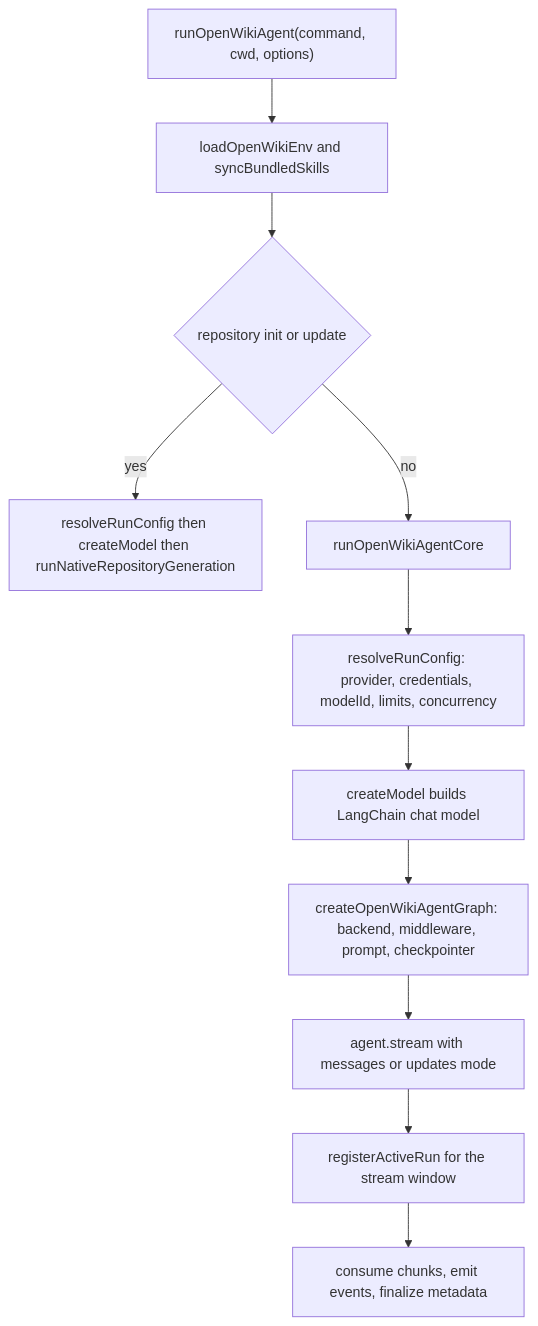
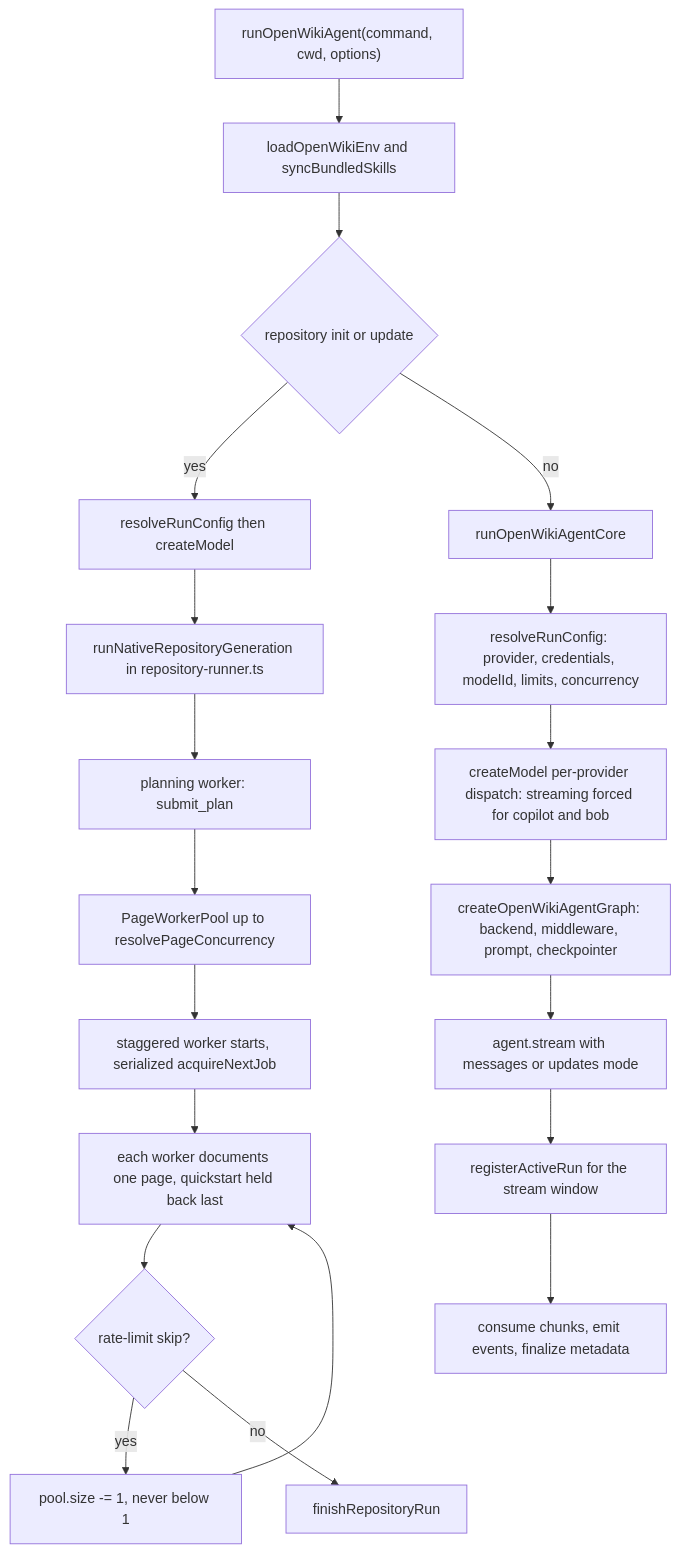
The first of 4 diagrams in openwiki/architecture/agent-runtime.md (SammyTourani/openwiki), drawn with Mermaid before and after one commit. The commit also changed other lines of this file and 18 other files, not shown here.

````diff
--- a/openwiki/architecture/agent-runtime.md
+++ b/openwiki/architecture/agent-runtime.md
@@ -70,13 +71,22 @@
 ```mermaid
 flowchart TD
   Start["runOpenWikiAgent(command, cwd, options)"] --> Load["loadOpenWikiEnv and syncBundledSkills"]
   Load --> Repo{"repository init or update"}
-  Repo -->|yes| Native["resolveRunConfig then createModel then runNativeRepositoryGeneration"]
+  Repo -->|yes| Native["resolveRunConfig then createModel"]
   Repo -->|no| Core["runOpenWikiAgentCore"]
+  Native --> Pool["runNativeRepositoryGeneration in repository-runner.ts"]
+  Pool --> Planner["planning worker: submit_plan"]
+  Planner --> Workers["PageWorkerPool up to resolvePageConcurrency"]
+  Workers --> Stagger["staggered worker starts, serialized acquireNextJob"]
+  Stagger --> Write["each worker documents one page, quickstart held back last"]
+  Write --> Rate{"rate-limit skip?"}
+  Rate -->|yes| Shrink["pool.size -= 1, never below 1"]
+  Rate -->|no| Finish["finishRepositoryRun"]
+  Shrink --> Write
   Core --> Cfg["resolveRunConfig: provider, credentials, modelId, limits, concurrency"]
-  Cfg --> Model["createModel builds LangChain chat model"]
+  Cfg --> Model["createModel per-provider dispatch: streaming forced for copilot and bob"]
   Model --> Graph["createOpenWikiAgentGraph: backend, middleware, prompt, checkpointer"]
   Graph --> Stream["agent.stream with messages or updates mode"]
   Stream --> Register["registerActiveRun for the stream window"]
   Register --> Consume["consume chunks, emit events, finalize metadata"]
 ```
````
